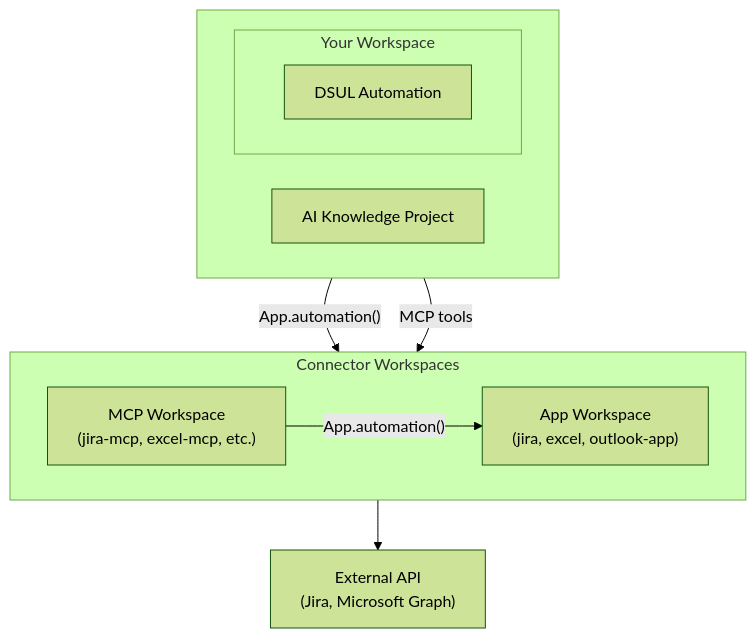
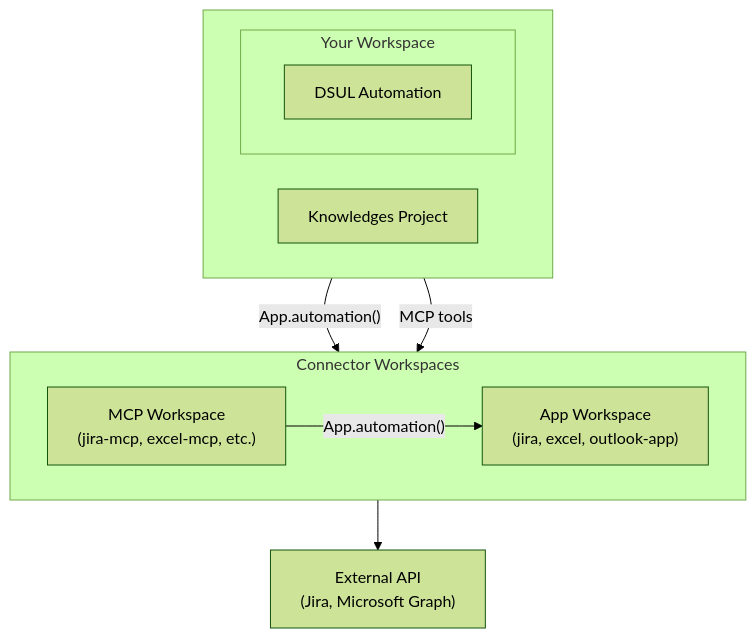
Before and after one commit to prismeai/docs: the diagram in apps-store/marketplace/connectors/overview.mdx, drawn with Mermaid (forest theme). The commit also changed other lines of this file and 134 other files, not shown here.

````diff
--- a/apps-store/marketplace/connectors/overview.mdx
+++ b/apps-store/marketplace/connectors/overview.mdx
@@ -108,23 +108,23 @@
 ```mermaid
 flowchart TB
     subgraph callers[" "]
         direction LR
         subgraph workspace["Your Workspace"]
             dsul["DSUL Automation"]
         end
-        aik["AI Knowledge Project"]
+        aik["Knowledges Project"]
     end
     
     subgraph connectors["Connector Workspaces"]
         direction LR
         mcp["MCP Workspace<br/>(jira-mcp, excel-mcp, etc.)"]
         app["App Workspace<br/>(jira, excel, outlook-app)"]
     end
     
     api["External API<br/>(Jira, Microsoft Graph)"]
     
     dsul -->|"App.automation()"| app
     aik -->|"MCP tools"| mcp
     mcp -->|"App.automation()"| app
     app --> api
 ```
````
